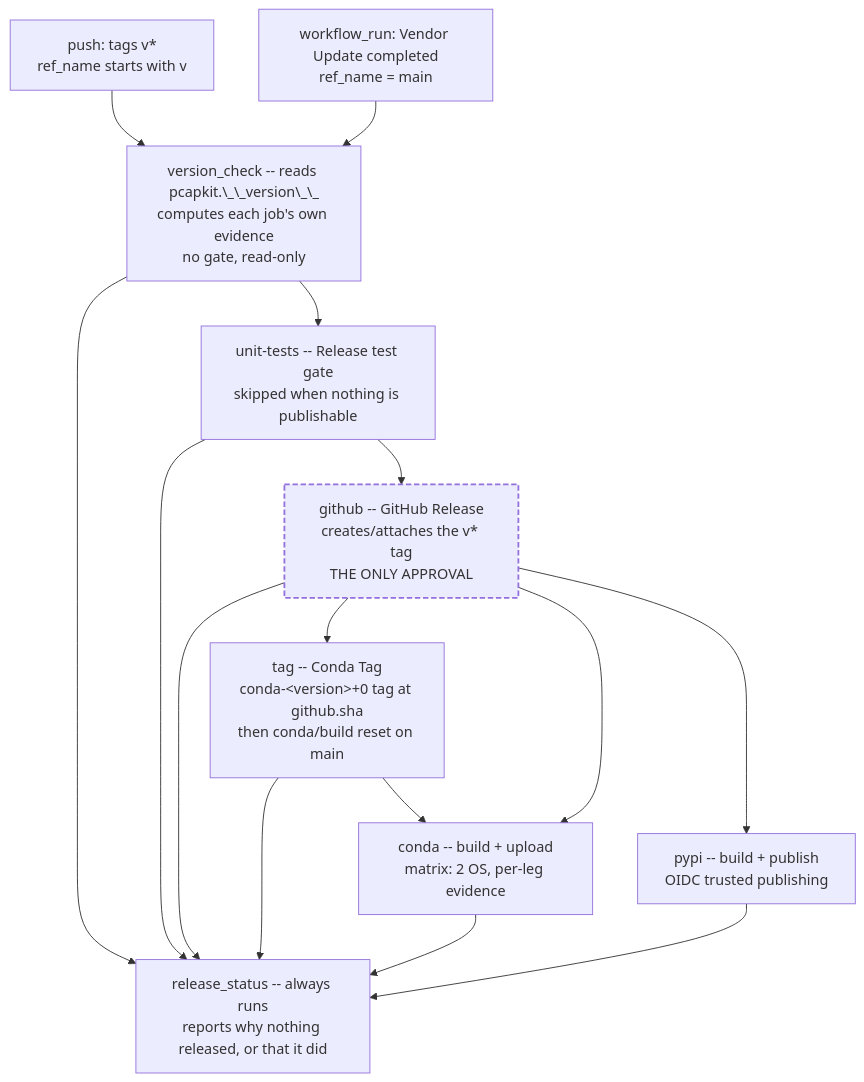
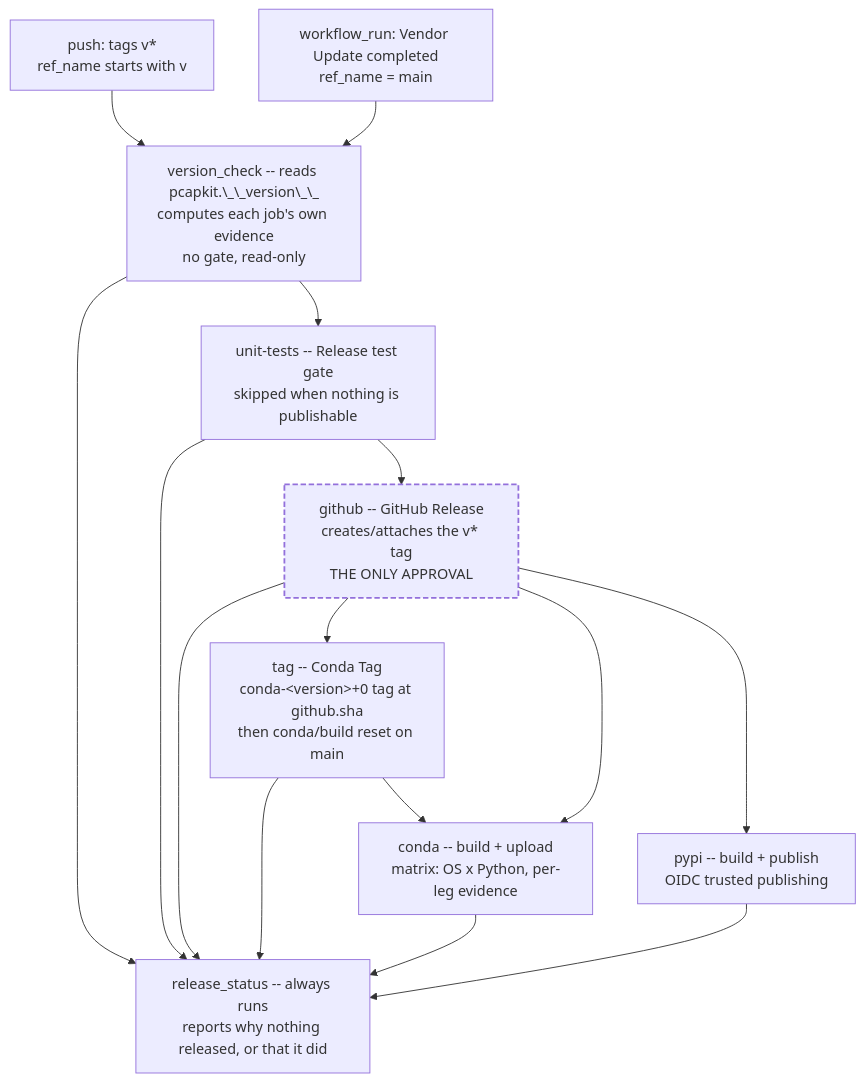
One commit to JarryShaw/PyPCAPKit changed the diagram in docs/source/contributing/releasing.rst. Above: the diagram before and after it, drawn with Mermaid. The commit also changed other lines of this file and 8 other files, not shown here.

```diff
--- a/docs/source/contributing/releasing.rst
+++ b/docs/source/contributing/releasing.rst
@@ -415,22 +417,22 @@
 .. mermaid::
 
    flowchart TD
        T1["push: tags v*<br/>ref_name starts with v"] --> VC
        T2["workflow_run: Vendor Update completed<br/>ref_name = main"] --> VC
        VC["version_check -- reads pcapkit.\_\_version\_\_<br/>computes each job's own evidence<br/>no gate, read-only"]
        VC --> UT
        UT["unit-tests -- Release test gate<br/>skipped when nothing is publishable"] --> GH
        GH["github -- GitHub Release<br/>creates/attaches the v* tag<br/>THE ONLY APPROVAL"]
        GH --> TG["tag -- Conda Tag<br/>conda-&lt;version&gt;+0 tag at github.sha<br/>then conda/build reset on main"]
        GH --> PY["pypi -- build + publish<br/>OIDC trusted publishing"]
-       TG --> CD["conda -- build + upload<br/>matrix: 2 OS, per-leg evidence"]
+       TG --> CD["conda -- build + upload<br/>matrix: OS x Python, per-leg evidence"]
        GH --> CD
        VC --> RS
        UT --> RS
        GH --> RS
        TG --> RS
        CD --> RS
        PY --> RS
        RS["release_status -- always runs<br/>reports why nothing released, or that it did"]
        classDef gate stroke-dasharray:6 3,stroke-width:2px
        class GH gate
```
